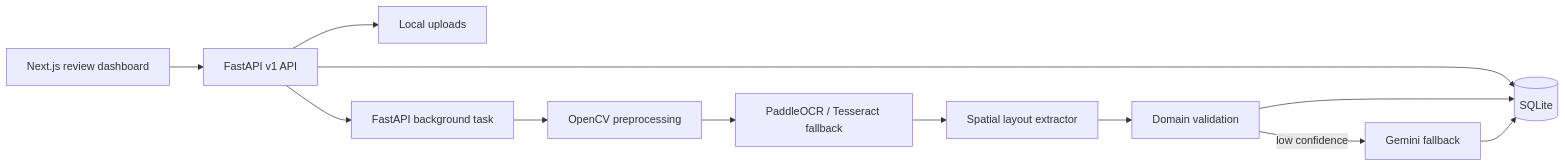
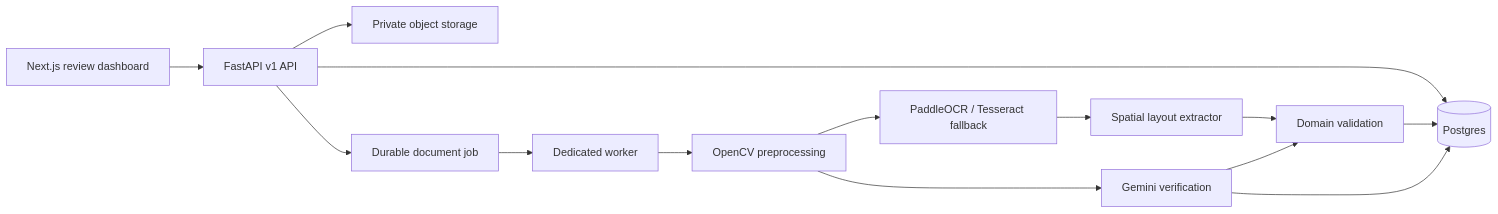
One commit to Bilal-03/invoice-extraction changed the diagram in docs/architecture.md. Above: the diagram before and after it, drawn with Mermaid. The commit also changed other lines of this file and 27 other files, not shown here.

````diff
--- a/docs/architecture.md
+++ b/docs/architecture.md
@@ -5,14 +5,16 @@
 ```mermaid
 flowchart LR
   UI[Next.js review dashboard] --> API[FastAPI v1 API]
-  API --> DB[(SQLite)]
-  API --> Store[Local uploads]
-  API --> Job[FastAPI background task]
-  Job --> Pre[OpenCV preprocessing]
+  API --> DB[(Postgres)]
+  API --> Store[Private object storage]
+  API --> Job[Durable document job]
+  Job --> Worker[Dedicated worker]
+  Worker --> Pre[OpenCV preprocessing]
   Pre --> OCR[PaddleOCR / Tesseract fallback]
   OCR --> Layout[Spatial layout extractor]
   Layout --> Validate[Domain validation]
-  Validate -->|low confidence| VLM[Gemini fallback]
+  Pre --> VLM[Gemini verification]
+  VLM --> Validate
   Validate --> DB
   VLM --> DB
 ```
````
